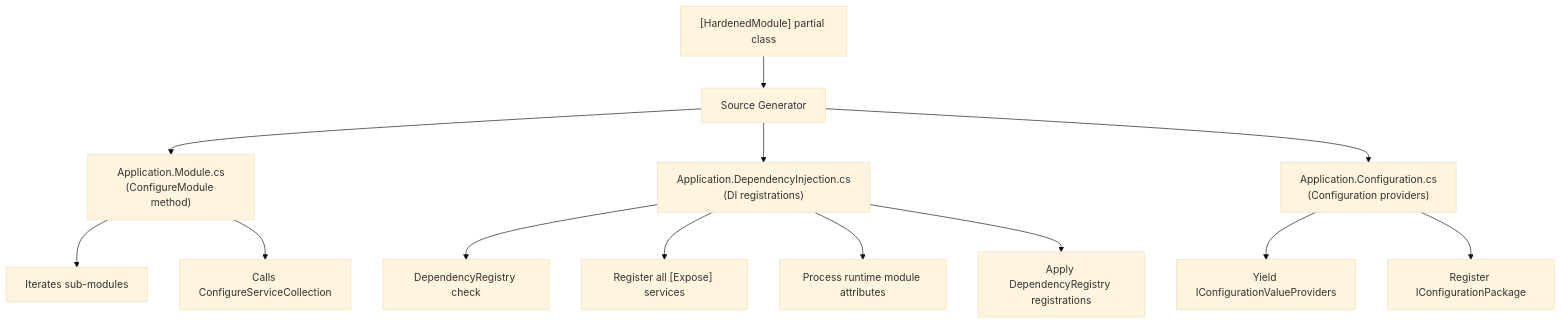
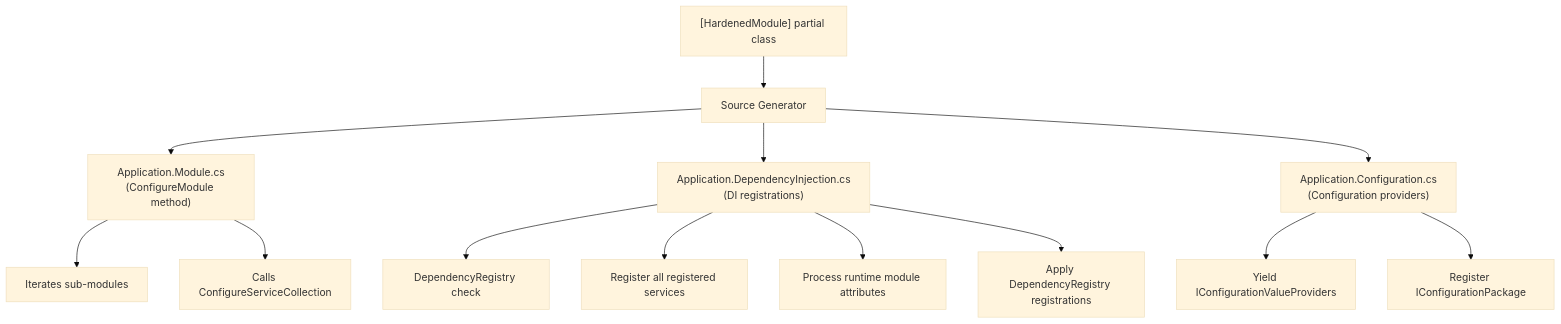
The first of 2 diagrams in docs/architecture/module-system.md (ipjohnson/Hardened.Docs), drawn with Mermaid (base theme) before and after one commit. The commit also changed other lines of this file and 43 other files, not shown here.

````diff
--- a/docs/architecture/module-system.md
+++ b/docs/architecture/module-system.md
@@ -114,16 +114,16 @@
 ```mermaid
 graph TD
     A["[HardenedModule] partial class"] --> B[Source Generator]
     B --> C["Application.Module.cs<br/>(ConfigureModule method)"]
     B --> D["Application.DependencyInjection.cs<br/>(DI registrations)"]
     B --> E["Application.Configuration.cs<br/>(Configuration providers)"]
 
     C --> F["Iterates sub-modules"]
     C --> G["Calls ConfigureServiceCollection"]
     D --> H["DependencyRegistry check"]
-    D --> I["Register all [Expose] services"]
+    D --> I["Register all registered services"]
     D --> J["Process runtime module attributes"]
     D --> K["Apply DependencyRegistry registrations"]
     E --> L["Yield IConfigurationValueProviders"]
     E --> M["Register IConfigurationPackage"]
 ```
````
